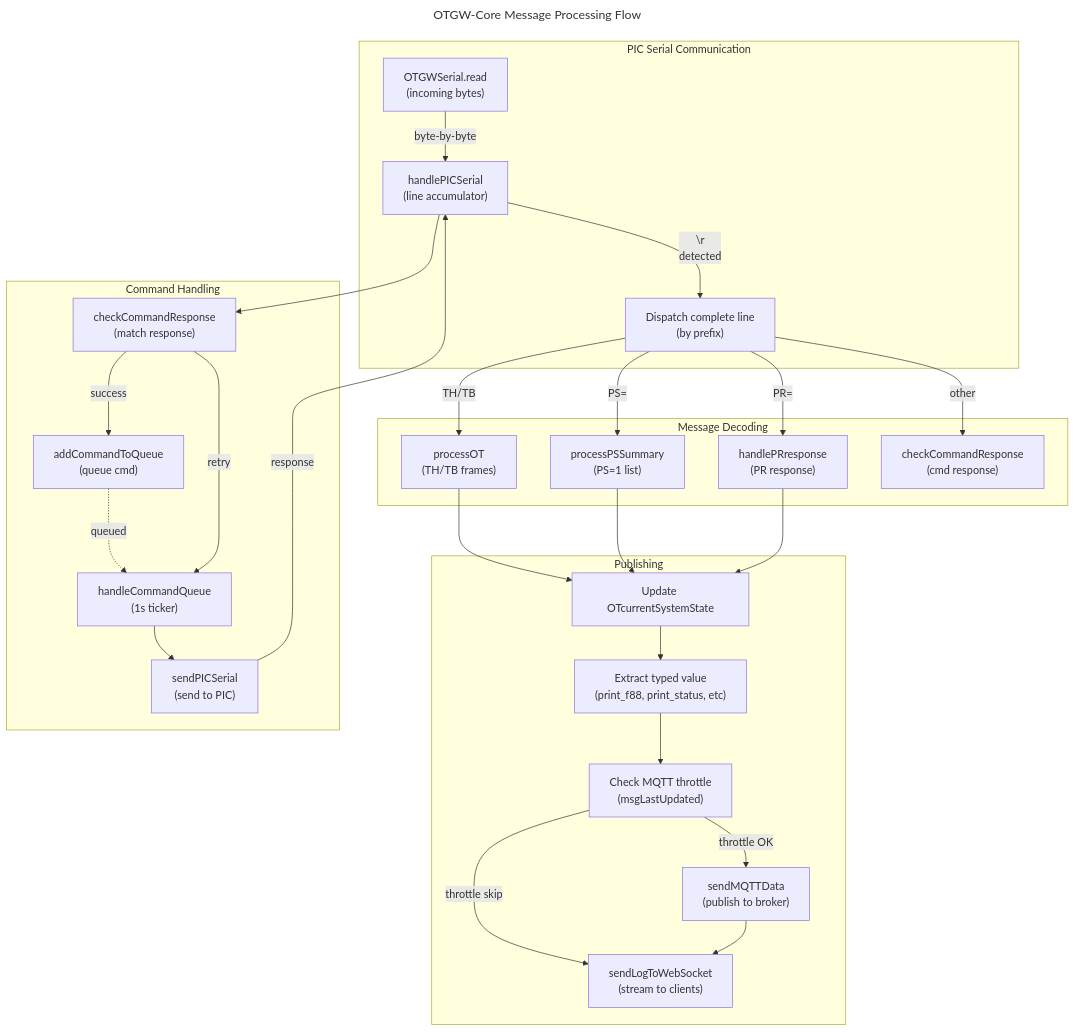
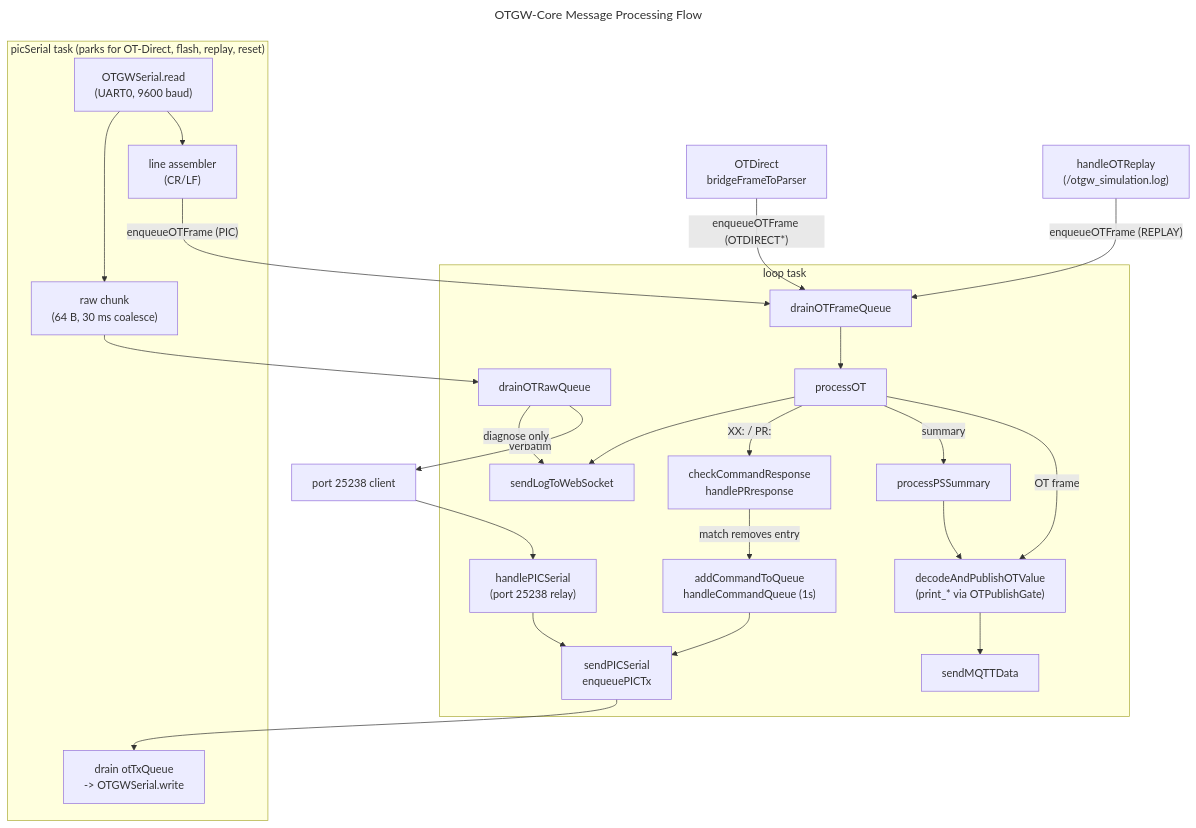
One commit to rvdbreemen/OTGW-firmware changed the diagram in docs/c4/c4-code-otgw-core.md. Above: the diagram before and after it, drawn with Mermaid. The commit also changed other lines of this file and 23 other files, not shown here.

````diff
--- a/docs/c4/c4-code-otgw-core.md
+++ b/docs/c4/c4-code-otgw-core.md
@@ -556,57 +390,51 @@
 ```mermaid
 ---
 title: OTGW-Core Message Processing Flow
 ---
 flowchart TB
-    subgraph PIC["PIC Serial Communication"]
-        A["OTGWSerial.read<br/>(incoming bytes)"]
-        B["handlePICSerial<br/>(line accumulator)"]
-        C["Dispatch complete line<br/>(by prefix)"]
+    subgraph Task["picSerial task (parks for OT-Direct, flash, replay, reset)"]
+        A["OTGWSerial.read<br/>(UART0, 9600 baud)"]
+        B["line assembler<br/>(CR/LF)"]
+        R["raw chunk<br/>(64 B, 30 ms coalesce)"]
+        TX["drain otTxQueue<br/>-> OTGWSerial.write"]
     end
 
-    subgraph Decode["Message Decoding"]
-        D1["processOT<br/>(TH/TB frames)"]
-        D2["processPSSummary<br/>(PS=1 list)"]
-        D3["handlePRresponse<br/>(PR response)"]
-        D4["checkCommandResponse<br/>(cmd response)"]
+    subgraph Loop["loop task"]
+        Q["drainOTFrameQueue"]
+        RQ["drainOTRawQueue"]
+        P["processOT"]
+        PS["processPSSummary"]
+        CR["checkCommandResponse<br/>handlePRresponse"]
+        DEC["decodeAndPublishOTValue<br/>(print_* via OTPublishGate)"]
+        MQ["sendMQTTData"]
+        WS["sendLogToWebSocket"]
+        CQ["addCommandToQueue<br/>handleCommandQueue (1s)"]
+        SP["sendPICSerial<br/>enqueuePICTx"]
+        RELAY["handlePICSerial<br/>(port 25238 relay)"]
     end
 
-    subgraph Publish["Publishing"]
-        E1["Update OTcurrentSystemState"]
-        E2["Extract typed value<br/>(print_f88, print_status, etc)"]
-        E3["Check MQTT throttle<br/>(msgLastUpdated)"]
-        E4["sendMQTTData<br/>(publish to broker)"]
-        E5["sendLogToWebSocket<br/>(stream to clients)"]
-    end
+    OD["OTDirect<br/>bridgeFrameToParser"]
+    RP["handleOTReplay<br/>(/otgw_simulation.log)"]
+    NET["port 25238 client"]
 
-    subgraph Queue["Command Handling"]
-        F1["addCommandToQueue<br/>(queue cmd)"]
-        F2["handleCommandQueue<br/>(1s ticker)"]
-        F3["sendPICSerial<br/>(send to PIC)"]
-        F4["checkCommandResponse<br/>(match response)"]
-    end
-
-    A -->|byte-by-byte| B
-    B -->|"\r\n" detected| C
-    C -->|"TH/TB"| D1
-    C -->|"PS="| D2
-    C -->|"PR="| D3
-    C -->|other| D4
-
-    D1 --> E1
-    D2 --> E1
-    D3 --> E1
-    
-    E1 --> E2
-    E2 --> E3
-    E3 -->|throttle OK| E4
-    E3 -->|throttle skip| E5
-    E4 --> E5
-
-    F1 -.->|queued| F2
-    F2 --> F3
-    F3 -->|response| B
-    B --> F4
-    F4 -->|success| F1
-    F4 -->|retry| F2
+    A --> B
+    A --> R
+    B -->|"enqueueOTFrame (PIC)"| Q
+    OD -->|"enqueueOTFrame (OTDIRECT*)"| Q
+    RP -->|"enqueueOTFrame (REPLAY)"| Q
+    R --> RQ
+    RQ -->|"verbatim"| NET
+    RQ -->|"diagnose only"| WS
+    Q --> P
+    P -->|"OT frame"| DEC
+    P -->|"summary"| PS
+    P -->|"XX: / PR:"| CR
+    PS --> DEC
+    DEC --> MQ
+    P --> WS
+    CQ --> SP
+    NET --> RELAY
+    RELAY --> SP
+    SP --> TX
+    CR -->|"match removes entry"| CQ
 ```
````
